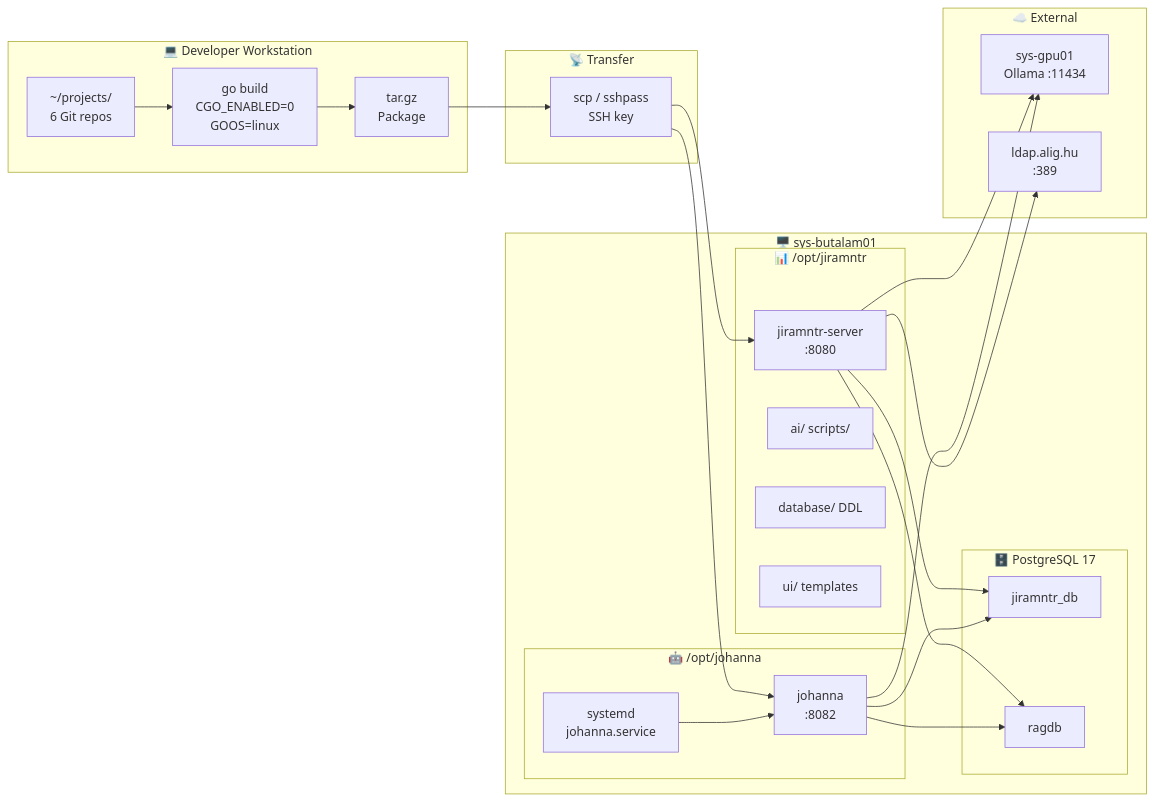
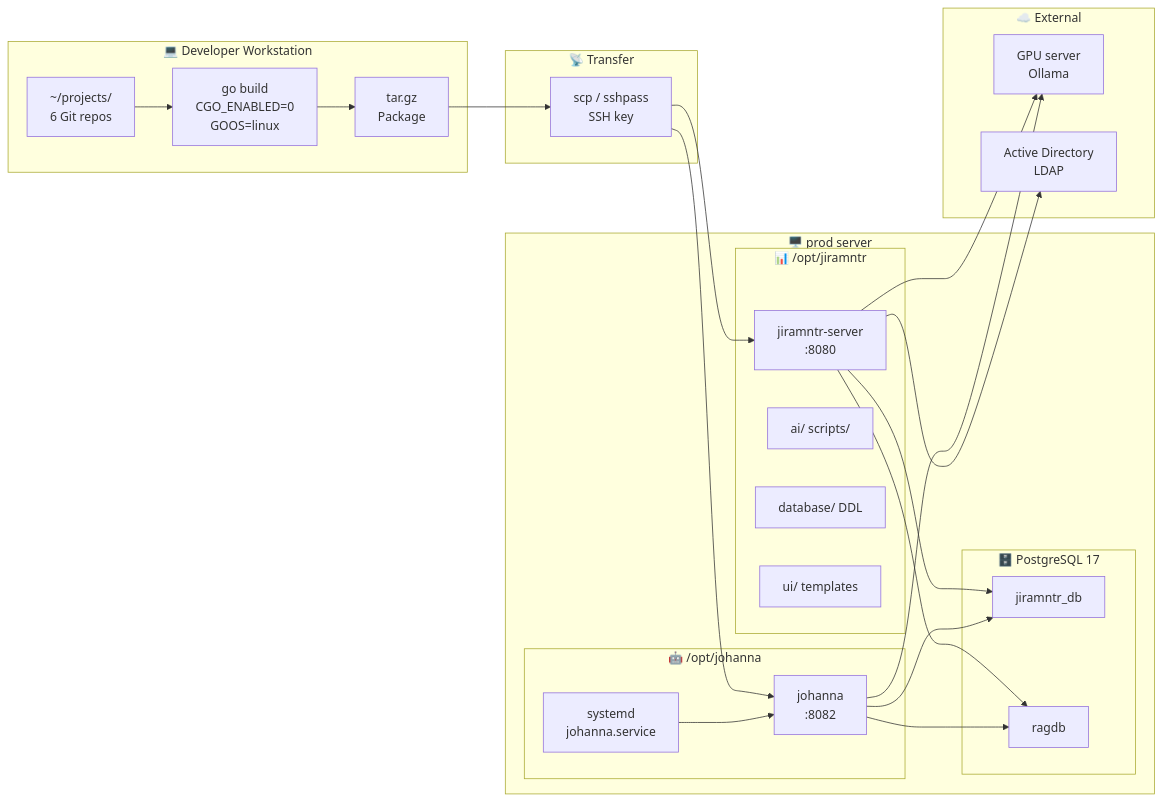
Before and after one commit to gnemet/lookin: the diagram in layers/jira-monitor/deployment.mmd, drawn with Mermaid. The commit also changed 31 other files, not shown here.

```diff
--- a/layers/jira-monitor/deployment.mmd
+++ b/layers/jira-monitor/deployment.mmd
@@ -1,46 +1,46 @@
 graph LR
     subgraph DEV["💻 Developer Workstation"]
         SRC["~/projects/<br/>6 Git repos"]
         BUILD["go build<br/>CGO_ENABLED=0<br/>GOOS=linux"]
         PACK["tar.gz<br/>Package"]
     end
 
     subgraph TRANSFER["📡 Transfer"]
         SCP["scp / sshpass<br/>SSH key"]
     end
 
-    subgraph BUTALAM["🖥️ sys-butalam01"]
+    subgraph PROD["🖥️ prod server"]
         subgraph JIRAMNTR_SVC["📊 /opt/jiramntr"]
             JM_BIN["jiramntr-server<br/>:8080"]
             JM_AI["ai/ scripts/"]
             JM_DB["database/ DDL"]
             JM_UI["ui/ templates"]
         end
 
         subgraph JOHANNA_SVC["🤖 /opt/johanna"]
             JO_BIN["johanna<br/>:8082"]
             JO_SYS["systemd<br/>johanna.service"]
         end
 
         subgraph DATABASES["🗄️ PostgreSQL 17"]
             PG1["jiramntr_db"]
             PG2["ragdb"]
         end
     end
 
     subgraph EXTERNAL["☁️ External"]
-        GPU["sys-gpu01<br/>Ollama :11434"]
-        LDAP["ldap.alig.hu<br/>:389"]
+        GPU["GPU server<br/>Ollama"]
+        LDAP["Active Directory<br/>LDAP"]
     end
 
     SRC --> BUILD --> PACK --> SCP
     SCP --> JM_BIN
     SCP --> JO_BIN
     JO_SYS --> JO_BIN
     JM_BIN --> PG1
     JM_BIN --> PG2
     JO_BIN --> PG1
     JO_BIN --> PG2
     JM_BIN --> GPU
     JO_BIN --> GPU
     JM_BIN --> LDAP
```
